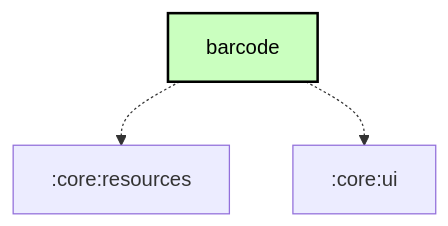
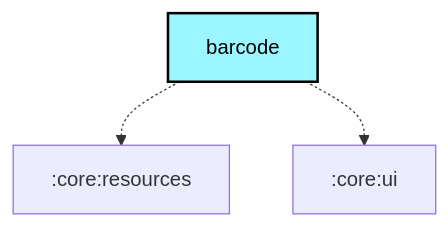
One commit to meshtastic/Meshtastic-Android changed the diagram in core/barcode/README.md. Above: the diagram before and after it, drawn with Mermaid. The commit also changed 25 other files, not shown here.

````diff
--- a/core/barcode/README.md
+++ b/core/barcode/README.md
@@ -43,19 +43,20 @@
 ```mermaid
 graph TB
-  :core:barcode[barcode]:::compose-desktop-application
+  :core:barcode[barcode]:::android-library
   :core:barcode -.-> :core:resources
   :core:barcode -.-> :core:ui
 
 classDef android-application fill:#CAFFBF,stroke:#000,stroke-width:2px,color:#000;
 classDef android-application-compose fill:#CAFFBF,stroke:#000,stroke-width:2px,color:#000;
 classDef compose-desktop-application fill:#CAFFBF,stroke:#000,stroke-width:2px,color:#000;
 classDef android-feature fill:#FFD6A5,stroke:#000,stroke-width:2px,color:#000;
 classDef android-library fill:#9BF6FF,stroke:#000,stroke-width:2px,color:#000;
 classDef android-library-compose fill:#9BF6FF,stroke:#000,stroke-width:2px,color:#000;
 classDef android-test fill:#A0C4FF,stroke:#000,stroke-width:2px,color:#000;
 classDef jvm-library fill:#BDB2FF,stroke:#000,stroke-width:2px,color:#000;
 classDef kmp-feature fill:#FFD6A5,stroke:#000,stroke-width:2px,color:#000;
+classDef kmp-library-compose fill:#FFC1CC,stroke:#000,stroke-width:2px,color:#000;
 classDef kmp-library fill:#FFC1CC,stroke:#000,stroke-width:2px,color:#000;
 classDef unknown fill:#FFADAD,stroke:#000,stroke-width:2px,color:#000;
 
 ```
````
